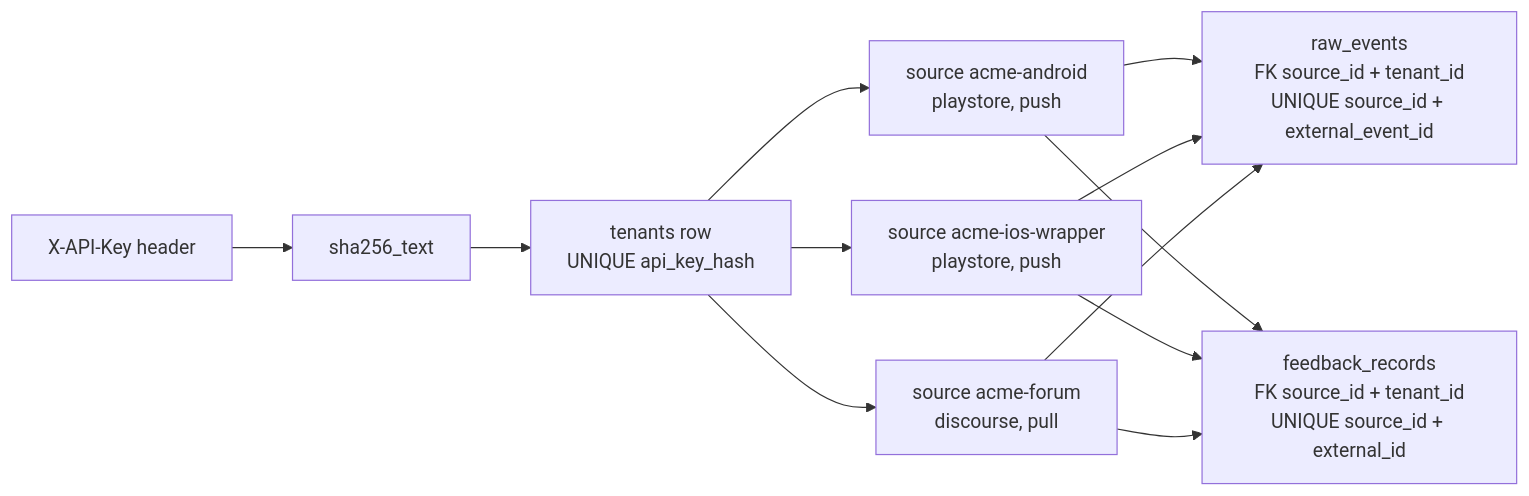
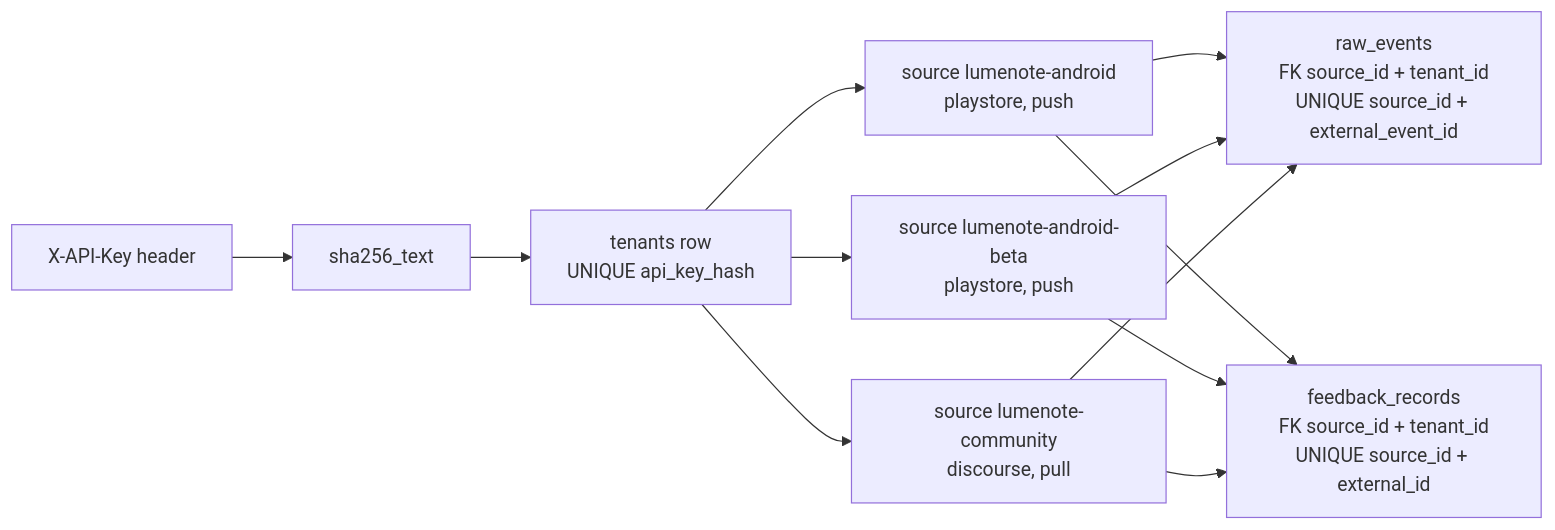
Before and after one commit to regalmoix/feedback-ingest: the fifth of 5 diagrams in docs/00_architecture.md, drawn with Mermaid. The commit also changed other lines of this file and 5 other files, not shown here.

````diff
--- a/docs/00_architecture.md
+++ b/docs/00_architecture.md
@@ -227,10 +228,10 @@
 ```mermaid
 flowchart LR
   KEY["X-API-Key header"] --> HASH["sha256_text"]
   HASH --> T["tenants row<br/>UNIQUE api_key_hash"]
-  T --> S1["source acme-android<br/>playstore, push"]
-  T --> S2["source acme-ios-wrapper<br/>playstore, push"]
-  T --> S3["source acme-forum<br/>discourse, pull"]
+  T --> S1["source lumenote-android<br/>playstore, push"]
+  T --> S2["source lumenote-android-beta<br/>playstore, push"]
+  T --> S3["source lumenote-community<br/>discourse, pull"]
   S1 & S2 & S3 --> RAW["raw_events<br/>FK source_id + tenant_id<br/>UNIQUE source_id + external_event_id"]
   S1 & S2 & S3 --> REC["feedback_records<br/>FK source_id + tenant_id<br/>UNIQUE source_id + external_id"]
 ```
````
